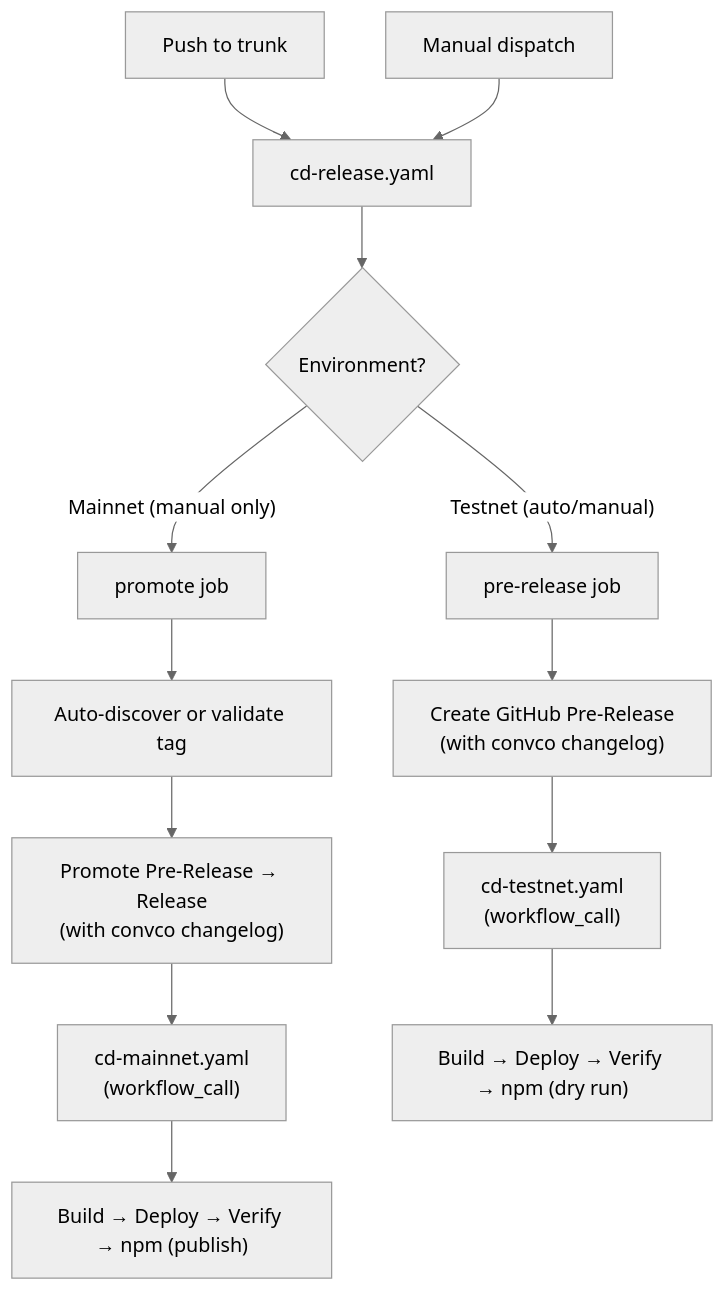
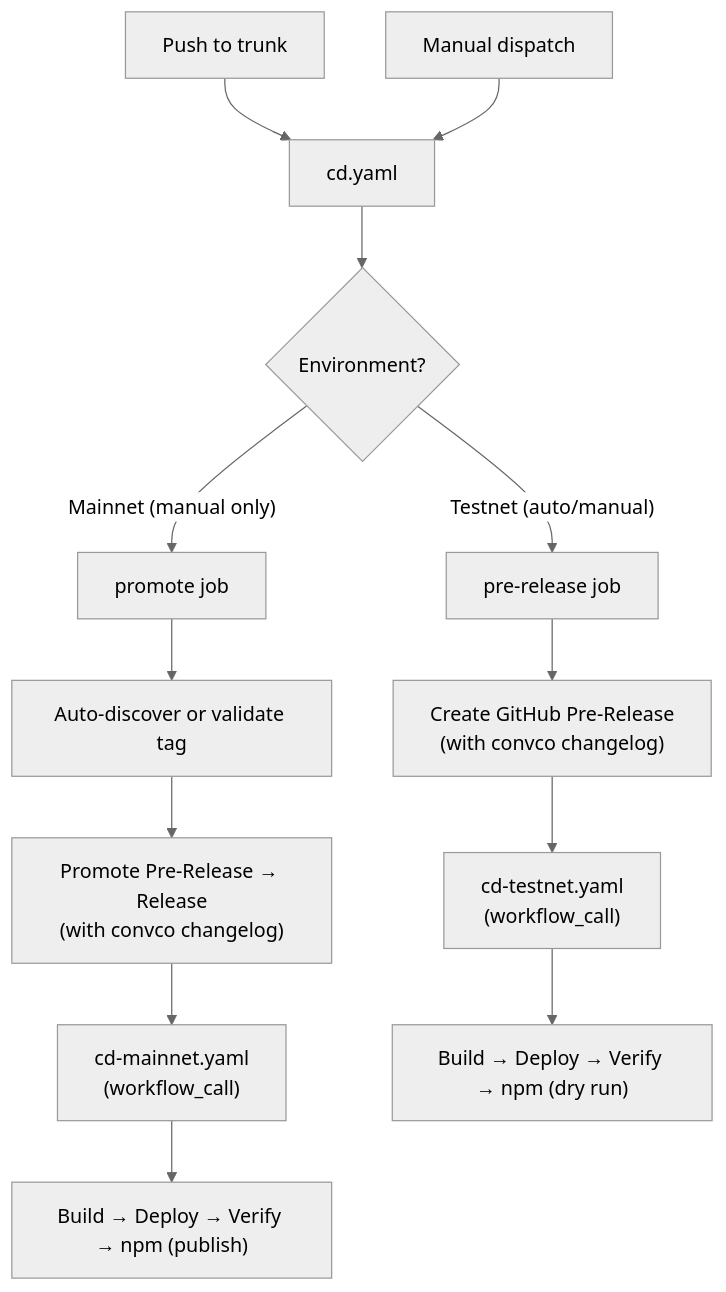
Before and after one commit to irken-empire/ic-siwa: the first of 3 diagrams in docs/ci-cd.md, drawn with Mermaid (neutral theme). The commit also changed other lines of this file and 41 other files, not shown here.

````diff
--- a/docs/ci-cd.md
+++ b/docs/ci-cd.md
@@ -5,19 +5,19 @@
 ```mermaid
 graph TD
-    A["Push to trunk"] --> B["cd-release.yaml"]
+    A["Push to trunk"] --> B["cd.yaml"]
     C["Manual dispatch"] --> B
 
     B --> D{"Environment?"}
     D -->|"Testnet (auto/manual)"| E["pre-release job"]
     D -->|"Mainnet (manual only)"| F["promote job"]
 
     E --> G["Create GitHub Pre-Release<br/>(with convco changelog)"]
     G --> H["cd-testnet.yaml<br/>(workflow_call)"]
 
     F --> I["Auto-discover or validate tag"]
     I --> J["Promote Pre-Release → Release<br/>(with convco changelog)"]
     J --> K["cd-mainnet.yaml<br/>(workflow_call)"]
 
     H --> L["Build → Deploy → Verify → npm (dry run)"]
     K --> M["Build → Deploy → Verify → npm (publish)"]
 ```
````
